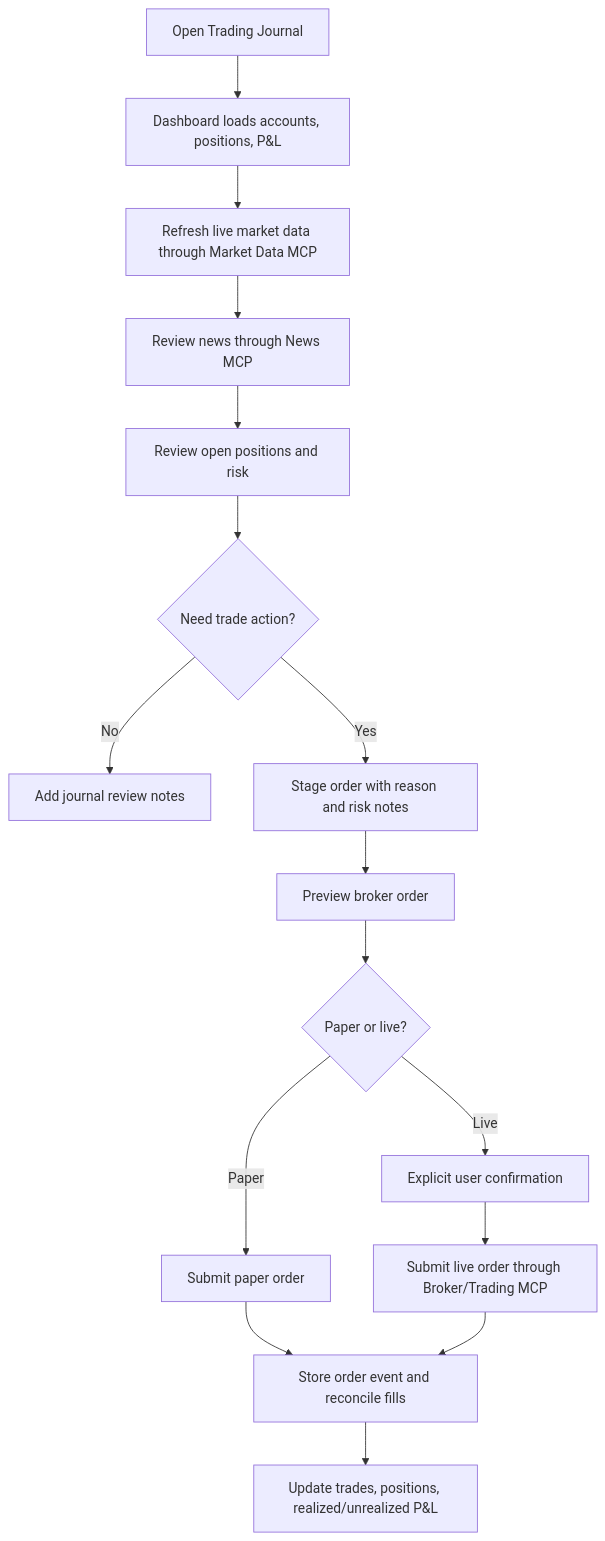
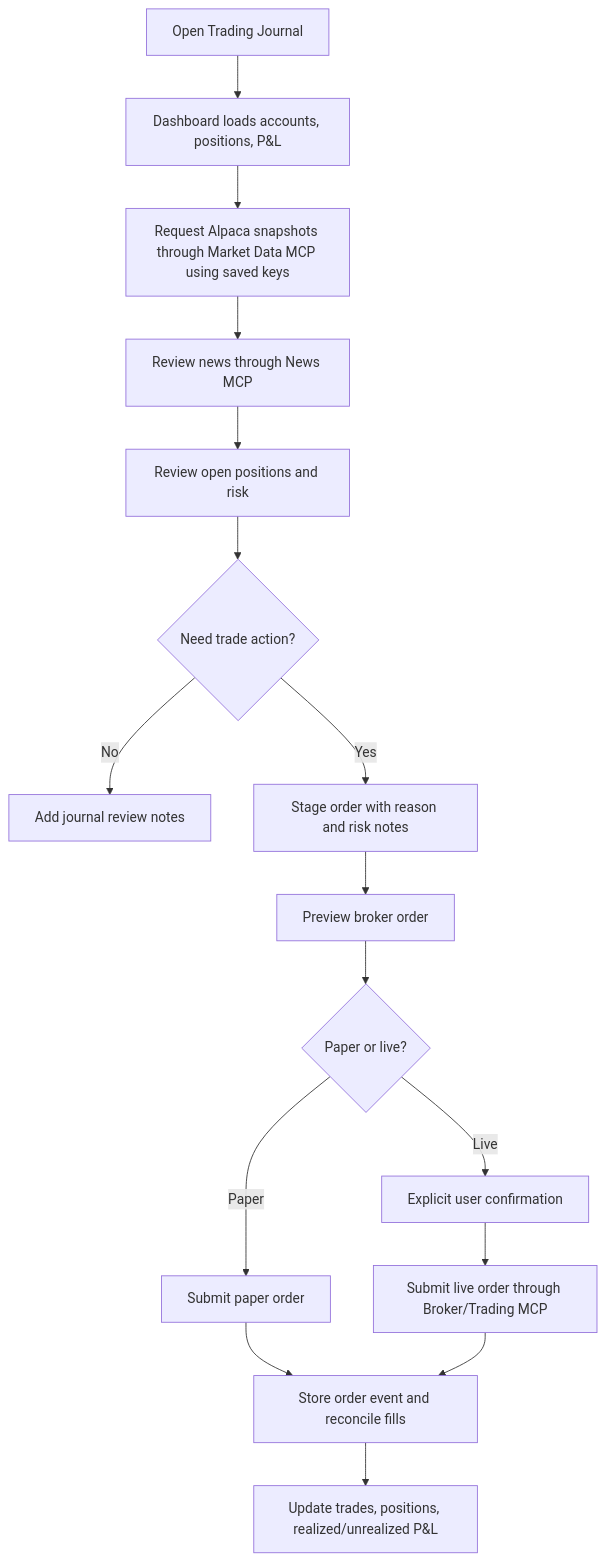
The first of 2 diagrams in docs/application_requirements.md (thejavascriptways/IFSC-78603-Graduate-Project-trading_journal-mcp), drawn with Mermaid before and after one commit. The commit also changed other lines of this file and 40 other files, not shown here.

Commit message:
Restore Alpaca market data and update MCP documentation

````diff
--- a/docs/application_requirements.md
+++ b/docs/application_requirements.md
@@ -648,18 +660,18 @@
 ```mermaid
 flowchart TD
     A["Open Trading Journal"] --> B["Dashboard loads accounts, positions, P&L"]
-    B --> C["Refresh live market data through Market Data MCP"]
+    B --> C["Request Alpaca snapshots through Market Data MCP using saved keys"]
     C --> D["Review news through News MCP"]
     D --> E["Review open positions and risk"]
     E --> F{"Need trade action?"}
     F -->|No| G["Add journal review notes"]
     F -->|Yes| H["Stage order with reason and risk notes"]
     H --> I["Preview broker order"]
     I --> J{"Paper or live?"}
     J -->|Paper| K["Submit paper order"]
     J -->|Live| L["Explicit user confirmation"]
     L --> M["Submit live order through Broker/Trading MCP"]
     K --> N["Store order event and reconcile fills"]
     M --> N
     N --> O["Update trades, positions, realized/unrealized P&L"]
 ```
````
